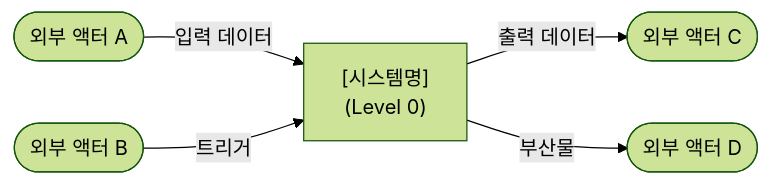
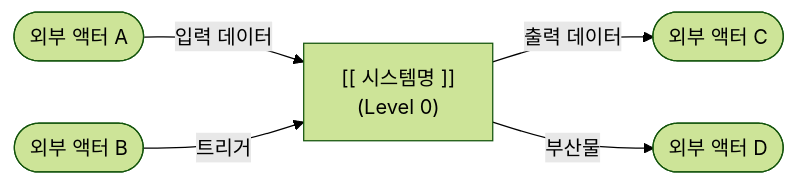
Before and after one commit to kimtaesung98/Project-Blueprint-Framework: the diagram in templates/README_TEMPLATE_TOP.md, drawn with Mermaid (forest theme). The commit also changed other lines of this file and 16 other files, not shown here.

````diff
--- a/templates/README_TEMPLATE_TOP.md
+++ b/templates/README_TEMPLATE_TOP.md
@@ -18,7 +20,7 @@
 ```mermaid
 flowchart LR
-    ActorA([외부 액터 A]) -->|"입력 데이터"| System["[시스템명]\n(Level 0)"]
+    ActorA([외부 액터 A]) -->|"입력 데이터"| System["[[ 시스템명 ]]<br>(Level 0)"]
     ActorB([외부 액터 B]) -->|"트리거"| System
     System -->|"출력 데이터"| ActorC([외부 액터 C])
     System -->|"부산물"| ActorD([외부 액터 D])
 ```
````
